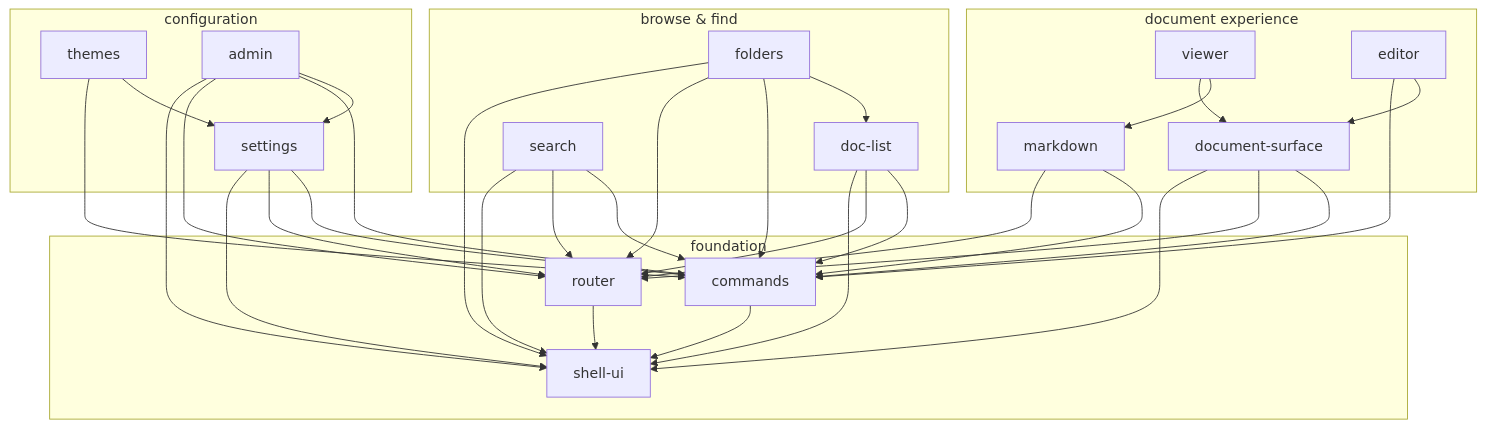
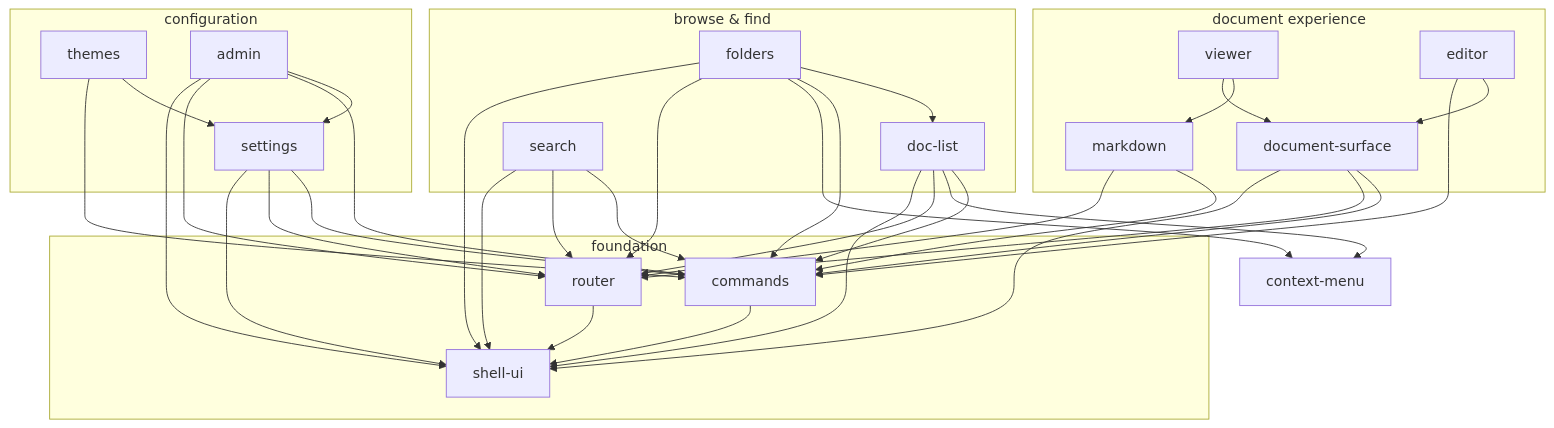
One commit to hamolicious/ddd changed the diagram in plugins/base/README.md. Above: the diagram before and after it, drawn with Mermaid. The commit also changed other lines of this file and 45 other files, not shown here.

First line of the commit message:
context-menu plugin; document list icons, row ⋯ menu, machine filter

````diff
--- a/plugins/base/README.md
+++ b/plugins/base/README.md
@@ -60,33 +61,33 @@
 ```mermaid
 flowchart TD
     subgraph documents ["document experience"]
         viewer --> markdown
         viewer --> document-surface
         editor --> document-surface
     end
 
     subgraph browse ["browse & find"]
         folders --> doc-list
         search
     end
 
     subgraph config ["configuration"]
         themes --> settings
         admin --> settings
     end
 
     subgraph foundation ["foundation"]
         router --> shell-ui
         commands --> shell-ui
     end
 
     markdown --> commands & router
     document-surface --> commands & router & shell-ui
     editor --> commands
-    doc-list --> commands & router & shell-ui
-    folders --> commands & router & shell-ui
+    doc-list --> commands & context-menu & router & shell-ui
+    folders --> commands & context-menu & router & shell-ui
     search --> commands & router & shell-ui
     settings --> commands & router & shell-ui
     admin --> commands & router & shell-ui
     themes --> commands
 ```
````
